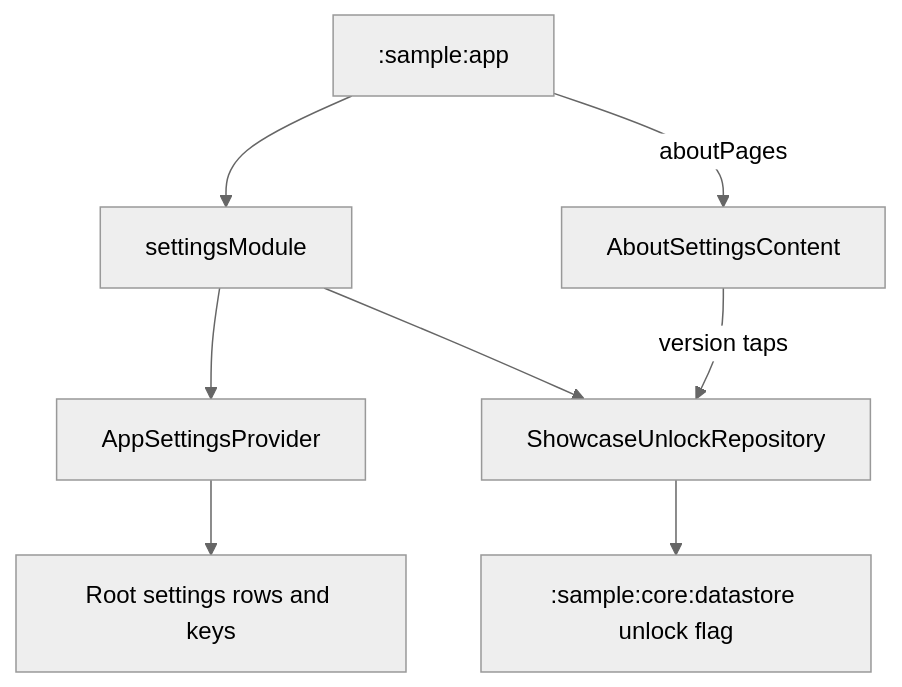
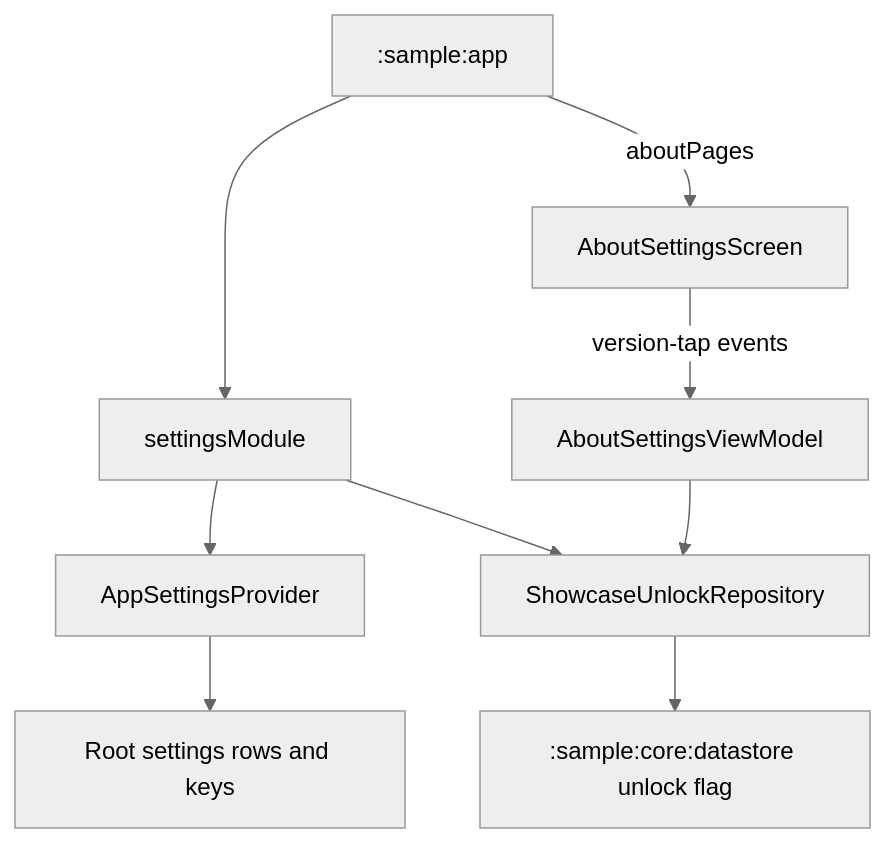
The diagram in sample/feature/settings/README.md (MihaiCristianCondrea/App-Toolkit-for-Android), drawn with Mermaid (neutral theme) before and after one commit. The commit also changed other lines of this file and 96 other files, not shown here.

````diff
--- a/sample/feature/settings/README.md
+++ b/sample/feature/settings/README.md
@@ -43,10 +43,11 @@
 ```mermaid
 flowchart TD
     App[":sample:app"] --> Module[settingsModule]
     Module --> Provider[AppSettingsProvider]
     Provider --> Rows[Root settings rows and keys]
     Module --> Unlock
-    App -->|aboutPages| About[AboutSettingsContent]
-    About -->|version taps| Unlock[ShowcaseUnlockRepository]
+    App -->|aboutPages| About[AboutSettingsScreen]
+    About -->|version-tap events| ViewModel[AboutSettingsViewModel]
+    ViewModel --> Unlock[ShowcaseUnlockRepository]
     Unlock --> Store[":sample:core:datastore" unlock flag]
 ```
````
